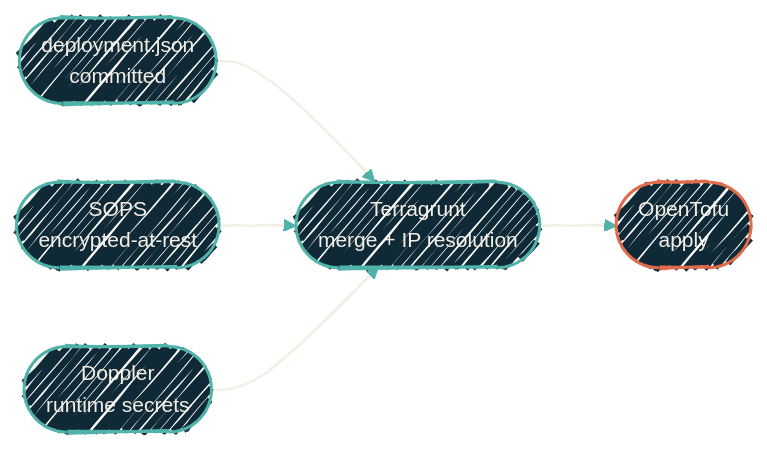
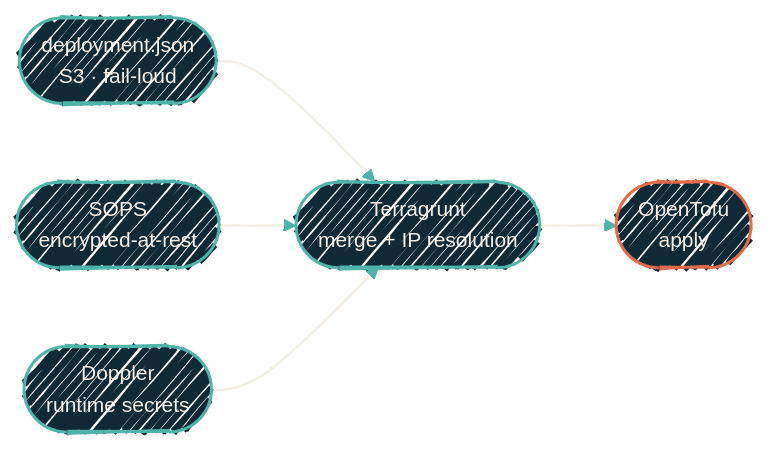
Before and after one commit to dryvist/docs: the diagram in infrastructure/iac-tooling.mdx, drawn with Mermaid. The commit also changed other lines of this file and 3 other files, not shown here.

Commit message:
docs(infrastructure): add canonical deployment.json ACID contract (#88)

````diff
--- a/infrastructure/iac-tooling.mdx
+++ b/infrastructure/iac-tooling.mdx
@@ -47,22 +47,24 @@
 ```mermaid
 %%{init: {'theme':'base','look':'handDrawn','themeVariables':{'fontFamily':'Geist','fontSize':'14px','primaryColor':'#102937','primaryTextColor':'#F4EFE6','primaryBorderColor':'#4FB3A9','lineColor':'#4FB3A9','secondaryColor':'#0B1D2A','tertiaryColor':'#1A2A38','clusterBkg':'rgba(79,179,169,0.08)','clusterBorder':'#4FB3A9'}}}%%
 flowchart LR
-  DJ([deployment.json<br/>committed])
+  DJ([deployment.json<br/>S3 · fail-loud])
   SOPS([SOPS<br/>encrypted-at-rest])
   DOP([Doppler<br/>runtime secrets])
   TG([Terragrunt<br/>merge + IP resolution])
   TOFU([OpenTofu<br/>apply])
 
   DJ --> TG
   SOPS --> TG
   DOP --> TG
   TG --> TOFU
 
   classDef source fill:#102937,stroke:#4FB3A9,stroke-width:2px,color:#F4EFE6;
   classDef engine fill:#102937,stroke:#E06B4A,stroke-width:2px,color:#F4EFE6;
 
   class DJ,SOPS,DOP,TG source
   class TOFU engine
 
+  click DJ "/infrastructure/deployment-state-contract" "The deployment.json ACID contract"
+
   linkStyle 0,1,2,3 stroke:#F4EFE6,stroke-width:1.5px;
 ```
````
